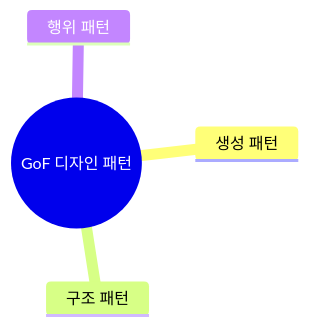
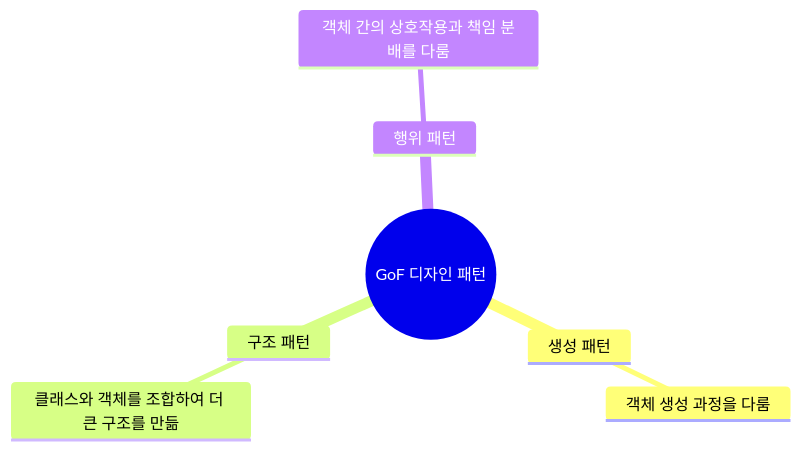
One commit to hanaoverride/data-scientist-cookbook-for-korean changed the diagram in Chapter I. 기반지식 학습/7. 기초 CS 이론 II/2. 소프트웨어 개발 실천/1. 디자인 패턴.md. Above: the diagram before and after it, drawn with Mermaid. The commit also changed other lines of this file and 132 other files, not shown here.

````diff
--- a/Chapter I. 기반지식 학습/7. 기초 CS 이론 II/2. 소프트웨어 개발 실천/1. 디자인 패턴.md
+++ b/Chapter I. 기반지식 학습/7. 기초 CS 이론 II/2. 소프트웨어 개발 실천/1. 디자인 패턴.md
@@ -63,7 +30,13 @@
 ```mermaid
 mindmap
   root((GoF 디자인 패턴))
     생성 패턴
+      ::icon(fa fa-cogs)
+      객체 생성 과정을 다룸
     구조 패턴
+      ::icon(fa fa-sitemap)
+      클래스와 객체를 조합하여 더 큰 구조를 만듦
     행위 패턴
+      ::icon(fa fa-users)
+      객체 간의 상호작용과 책임 분배를 다룸
 ```
````
